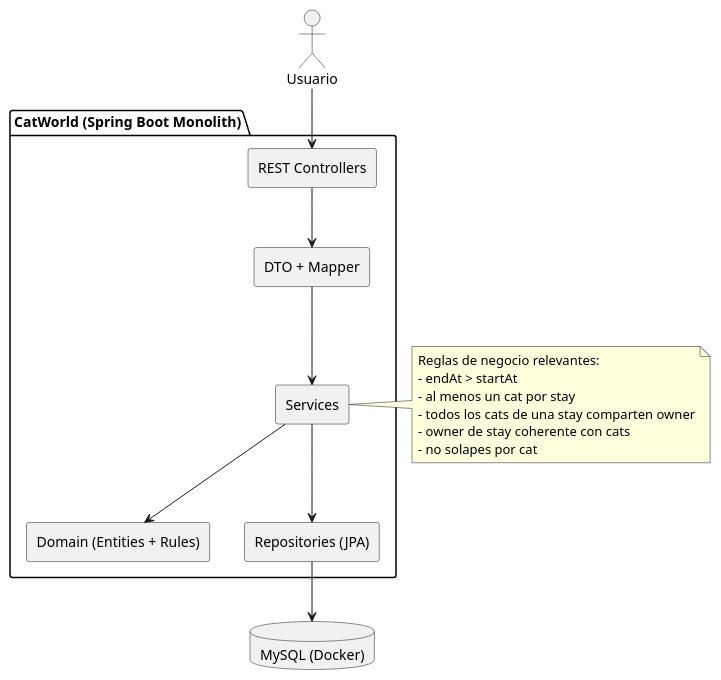
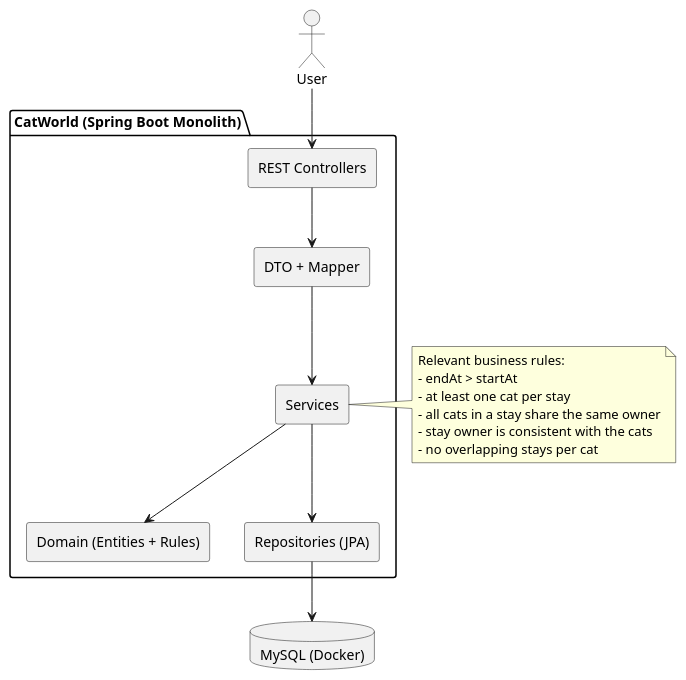
One commit to TheZenithPassage/catworld changed the diagram in docs/uml/03-components.puml. Above: the diagram before and after it, drawn with PlantUML. The commit also changed 9 other files, not shown here.

```diff
--- a/docs/uml/03-components.puml
+++ b/docs/uml/03-components.puml
@@ -1,32 +1,32 @@
 @startuml
 skinparam componentStyle rectangle
 
-actor "Usuario" as user
+actor "User" as user
 
 package "CatWorld (Spring Boot Monolith)" {
   [REST Controllers] as c
   [DTO + Mapper] as m
   [Services] as s
   [Domain (Entities + Rules)] as d
   [Repositories (JPA)] as r
 }
 
 database "MySQL (Docker)" as db
 
 user --> c
 c --> m
 m --> s
 s --> d
 s --> r
 r --> db
 
 note right of s
-Reglas de negocio relevantes:
+Relevant business rules:
 - endAt > startAt
-- al menos un cat por stay
-- todos los cats de una stay comparten owner
-- owner de stay coherente con cats
-- no solapes por cat
+- at least one cat per stay
+- all cats in a stay share the same owner
+- stay owner is consistent with the cats
+- no overlapping stays per cat
 end note
 
 @enduml
```
